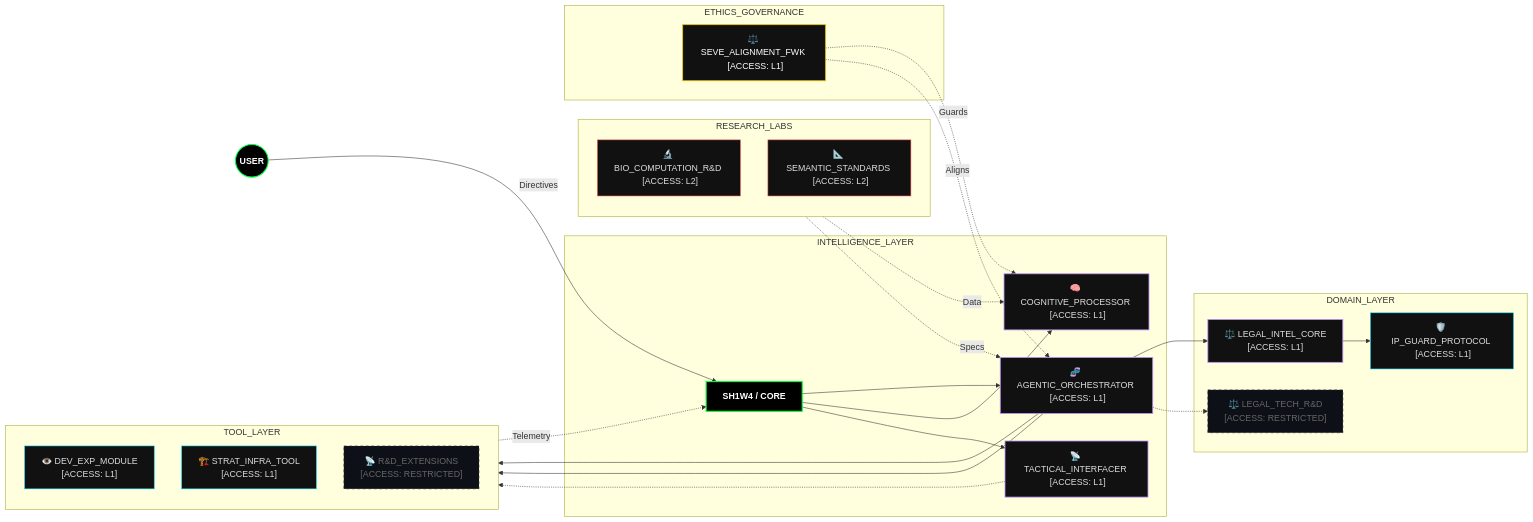
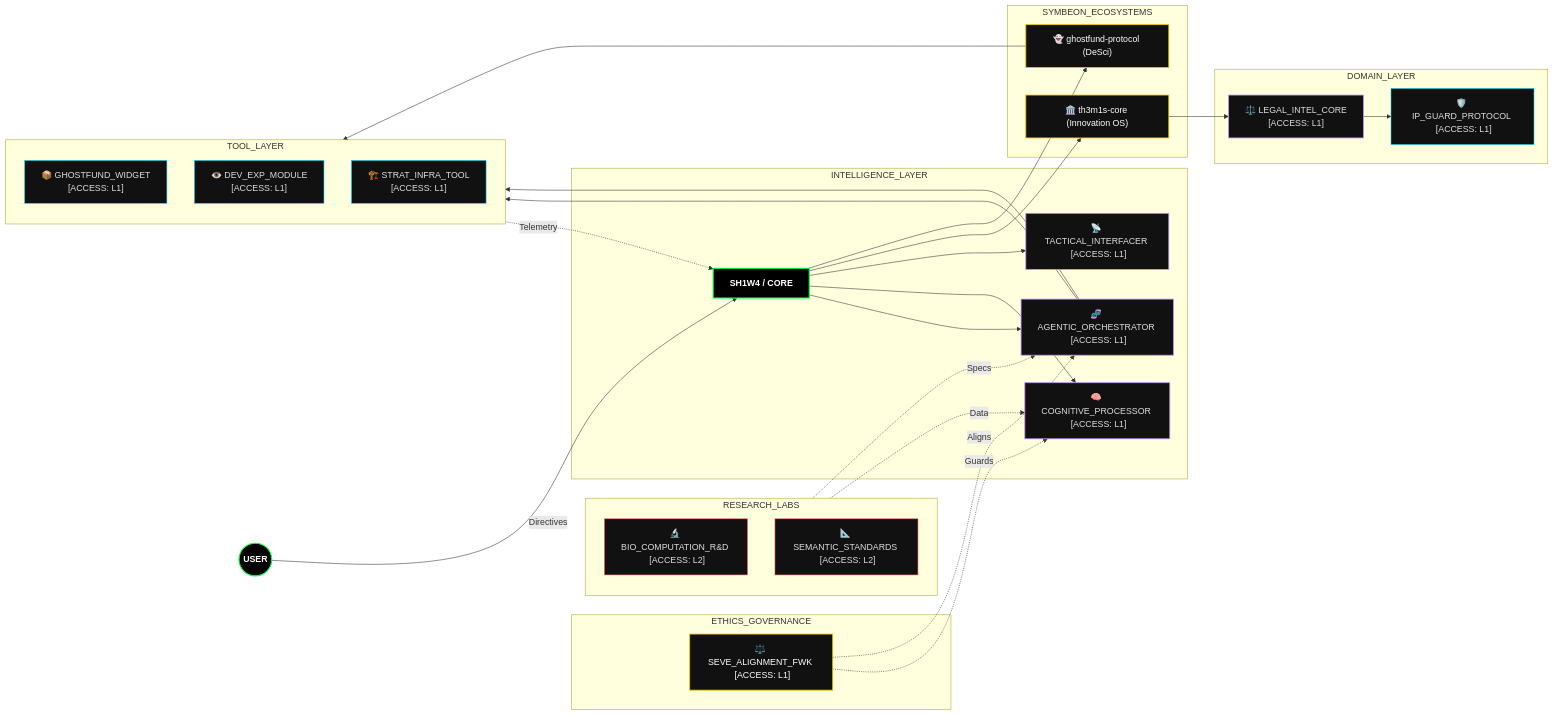
One commit to SH1W4/sh1w4 changed the first of 3 diagrams in README.md. Above: the diagram before and after it, drawn with Mermaid.

Commit message:
feat: align ecosystem manifest with th3m1s-core and ghostfund-protocol

````diff
--- a/README.md
+++ b/README.md
@@ -91,48 +91,51 @@
 ```mermaid
 %% Cache-Bust: 2026-01-06T23:49:20.744785
 graph LR
     %% Themes & Styles (Pure Cyberpunk Architecture)
     classDef core fill:#000,stroke:#00ff41,stroke-width:2px,color:#fff,font-weight:bold;
     classDef agent fill:#111,stroke:#bd93f9,stroke-width:1.5px,color:#ddd;
     classDef tool fill:#111,stroke:#00d9ff,stroke-width:1px,color:#ddd;
     classDef ethics fill:#111,stroke:#f1c40f,stroke-width:1.5px,color:#fff;
     classDef research fill:#111,stroke:#ff5555,stroke-width:1px,color:#ddd;
     classDef restricted fill:#0d1117,stroke:#333,color:#666,stroke-dasharray: 5 5;
 
     User((USER)):::core -->|Directives| Core[SH1W4 / CORE]:::core
     subgraph ETHICS_GOVERNANCE
         SEVE["⚖️ SEVE_ALIGNMENT_FWK <br/> [ACCESS: L1]"]:::ethics
     end
     subgraph RESEARCH_LABS
         direction TB
         BIO["🔬 BIO_COMPUTATION_R&D <br/> [ACCESS: L2]"]:::research
         PROTO["📐 SEMANTIC_STANDARDS <br/> [ACCESS: L2]"]:::research
     end
     subgraph INTELLIGENCE_LAYER
         Core --> VIREON["🧬 AGENTIC_ORCHESTRATOR <br/> [ACCESS: L1]"]:::agent
         Core --> TRINITY["🧠 COGNITIVE_PROCESSOR <br/> [ACCESS: L1]"]:::agent
         Core --> AIDEN["📡 TACTICAL_INTERFACER <br/> [ACCESS: L1]"]:::agent
     end
+    subgraph SYMBEON_ECOSYSTEMS
+        Core --> T_CORE["🏛️ th3m1s-core (Innovation OS)"]:::ethics
+        Core --> G_FUND["👻 ghostfund-protocol (DeSci)"]:::ethics
+    end
     subgraph DOMAIN_LAYER
-        VIREON --> LEGAL["⚖️ LEGAL_INTEL_CORE <br/> [ACCESS: L1]"]:::agent
+        T_CORE --> LEGAL["⚖️ LEGAL_INTEL_CORE <br/> [ACCESS: L1]"]:::agent
         LEGAL --> SHIELD["🛡️ IP_GUARD_PROTOCOL <br/> [ACCESS: L1]"]:::tool
-        VIREON -.-> RD_DOMAIN["⚖️ LEGAL_TECH_R&D <br/> [ACCESS: RESTRICTED]"]:::restricted
     end
     subgraph TOOL_LAYER
         direction TB
+        G_FUND --> GF_WIDGET["📦 GHOSTFUND_WIDGET <br/> [ACCESS: L1]"]:::tool
         VIREON --> DX_KIT["👁️ DEV_EXP_MODULE <br/> [ACCESS: L1]"]:::tool
         VIREON --> ARKITECH["🏗️ STRAT_INFRA_TOOL <br/> [ACCESS: L1]"]:::tool
-        AIDEN -.-> RD_TOOLS["📡 R&D_EXTENSIONS <br/> [ACCESS: RESTRICTED]"]:::restricted
     end
     %% Strategic Relationship Links
     SEVE -.->|Guards| TRINITY
     SEVE -.->|Aligns| VIREON
     BIO -.->|Data| TRINITY
     PROTO -.->|Specs| VIREON
     DX_KIT -.->|Telemetry| Core
     
     %% Implicit Vertical Order (Invisibly pinning Labs to bottom)
     User ~~~ SEVE
     User ~~~ BIO
 
 ```
````
